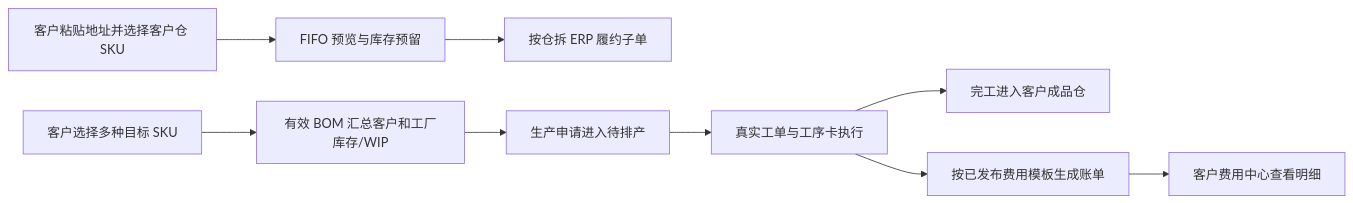
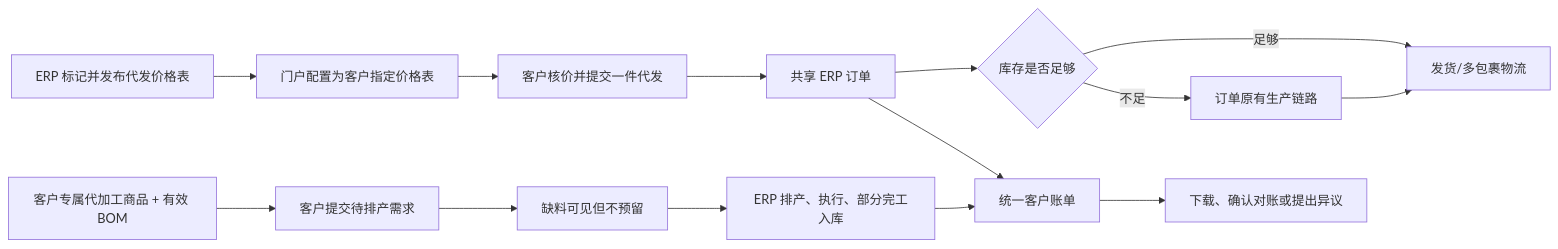
The ninth of 9 diagrams in orderapp-remote/docs/OP_MANUAL_CUSTOMER_FULFILLMENT.md (Backstage2539/KFerp), drawn with Mermaid before and after one commit. The commit also changed other lines of this file and 79 other files, not shown here.

````diff
--- a/orderapp-remote/docs/OP_MANUAL_CUSTOMER_FULFILLMENT.md
+++ b/orderapp-remote/docs/OP_MANUAL_CUSTOMER_FULFILLMENT.md
@@ -386,11 +386,16 @@
 ```mermaid
 flowchart LR
-  A["客户粘贴地址并选择客户仓 SKU"] --> B["FIFO 预览与库存预留"]
-  B --> C["按仓拆 ERP 履约子单"]
-  D["客户选择多种目标 SKU"] --> E["有效 BOM 汇总客户和工厂库存/WIP"]
-  E --> F["生产申请进入待排产"]
-  F --> G["真实工单与工序卡执行"]
-  G --> H["完工进入客户成品仓"]
-  G --> I["按已发布费用模板生成账单"]
-  I --> J["客户费用中心查看明细"]
+  A["ERP 标记并发布代发价格表"] --> B["门户配置为客户指定价格表"]
+  B --> C["客户核价并提交一件代发"]
+  C --> D["共享 ERP 订单"]
+  D --> E{"库存是否足够"}
+  E -->|足够| F["发货/多包裹物流"]
+  E -->|不足| G["订单原有生产链路"]
+  G --> F
+  H["客户专属代加工商品 + 有效 BOM"] --> I["客户提交待排产需求"]
+  I --> J["缺料可见但不预留"]
+  J --> K["ERP 排产、执行、部分完工入库"]
+  D --> L["统一客户账单"]
+  K --> L
+  L --> M["下载、确认对账或提出异议"]
 ```
````
